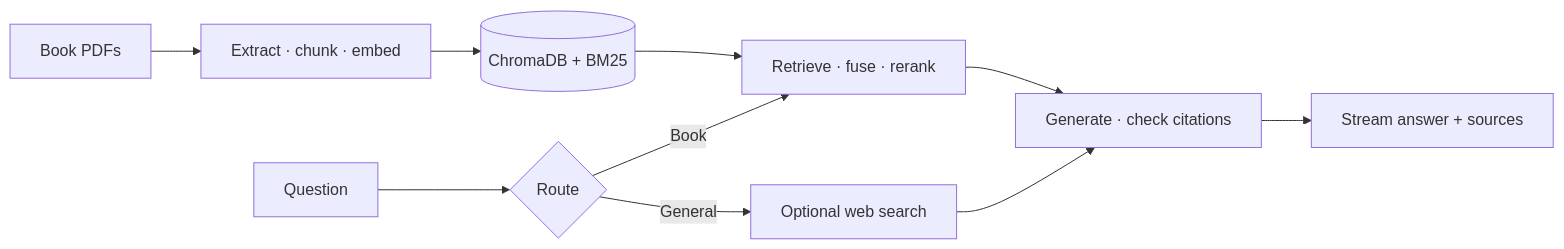
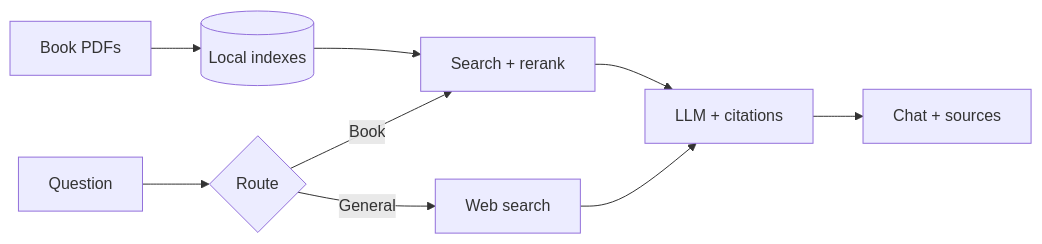
One commit to nafijhasandev/reflect changed the diagram in README.md. Above: the diagram before and after it, drawn with Mermaid.

Commit message:
Simplify README architecture diagram

````diff
--- a/README.md
+++ b/README.md
@@ -20,11 +20,11 @@
 ```mermaid
 flowchart LR
-    PDF[Book PDFs] --> ING[Extract · chunk · embed] --> IDX[(ChromaDB + BM25)]
+    PDF[Book PDFs] --> IDX[(Local indexes)]
     Q[Question] --> ROUTE{Route}
-    ROUTE -->|Book| SEARCH[Retrieve · fuse · rerank]
+    ROUTE -->|Book| SEARCH[Search + rerank]
     IDX --> SEARCH
-    ROUTE -->|General| WEB[Optional web search]
-    SEARCH --> ANSWER[Generate · check citations]
+    ROUTE -->|General| WEB[Web search]
+    SEARCH --> ANSWER[LLM + citations]
     WEB --> ANSWER
-    ANSWER --> UI[Stream answer + sources]
+    ANSWER --> UI[Chat + sources]
 ```
````
